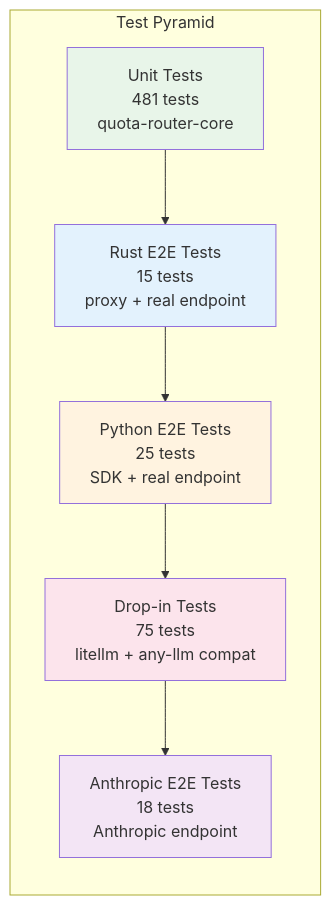
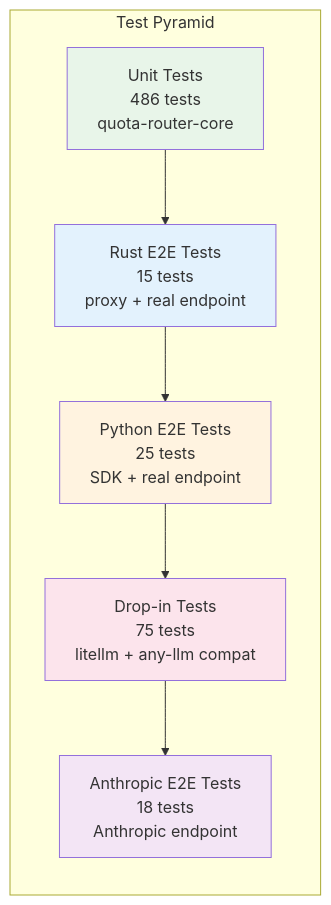
Before and after one commit to CipherOcto/cipherocto: diagram 19 of 19 in docs/architecture/quota-router-architecture.md, drawn with Mermaid. The commit also changed other lines of this file, not shown here.

First line of the commit message:
docs: fix 33 inaccuracies in architecture document via adversarial review

````diff
--- a/docs/architecture/quota-router-architecture.md
+++ b/docs/architecture/quota-router-architecture.md
@@ -968,22 +1092,22 @@
 ```mermaid
 graph TB
     subgraph Tests["Test Pyramid"]
         direction TB
-        T1["Unit Tests<br/>481 tests<br/>quota-router-core"]
+        T1["Unit Tests<br/>486 tests<br/>quota-router-core"]
         T2["Rust E2E Tests<br/>15 tests<br/>proxy + real endpoint"]
         T3["Python E2E Tests<br/>25 tests<br/>SDK + real endpoint"]
         T4["Drop-in Tests<br/>75 tests<br/>litellm + any-llm compat"]
         T5["Anthropic E2E Tests<br/>18 tests<br/>Anthropic endpoint"]
     end
 
     T1 --> T2
     T2 --> T3
     T3 --> T4
     T4 --> T5
 
     style T1 fill:#e8f5e9
     style T2 fill:#e3f2fd
     style T3 fill:#fff3e0
     style T4 fill:#fce4ec
     style T5 fill:#f3e5f5
 ```
````
